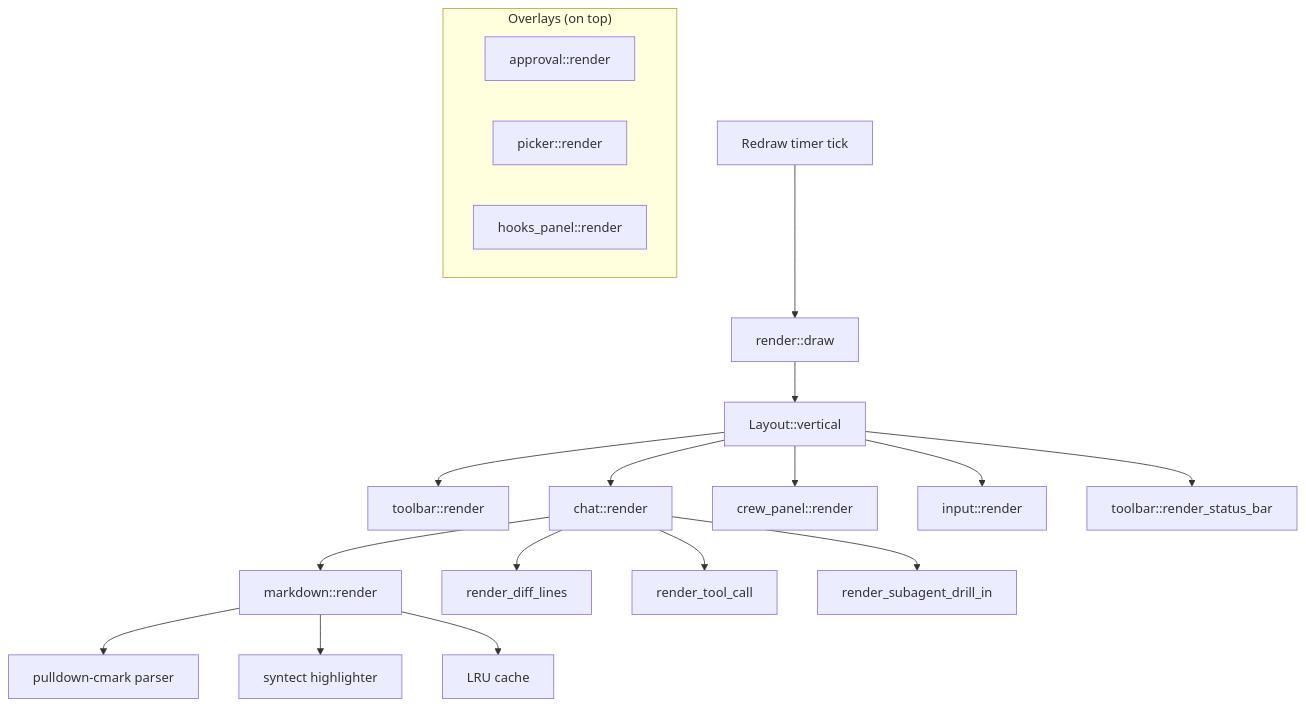
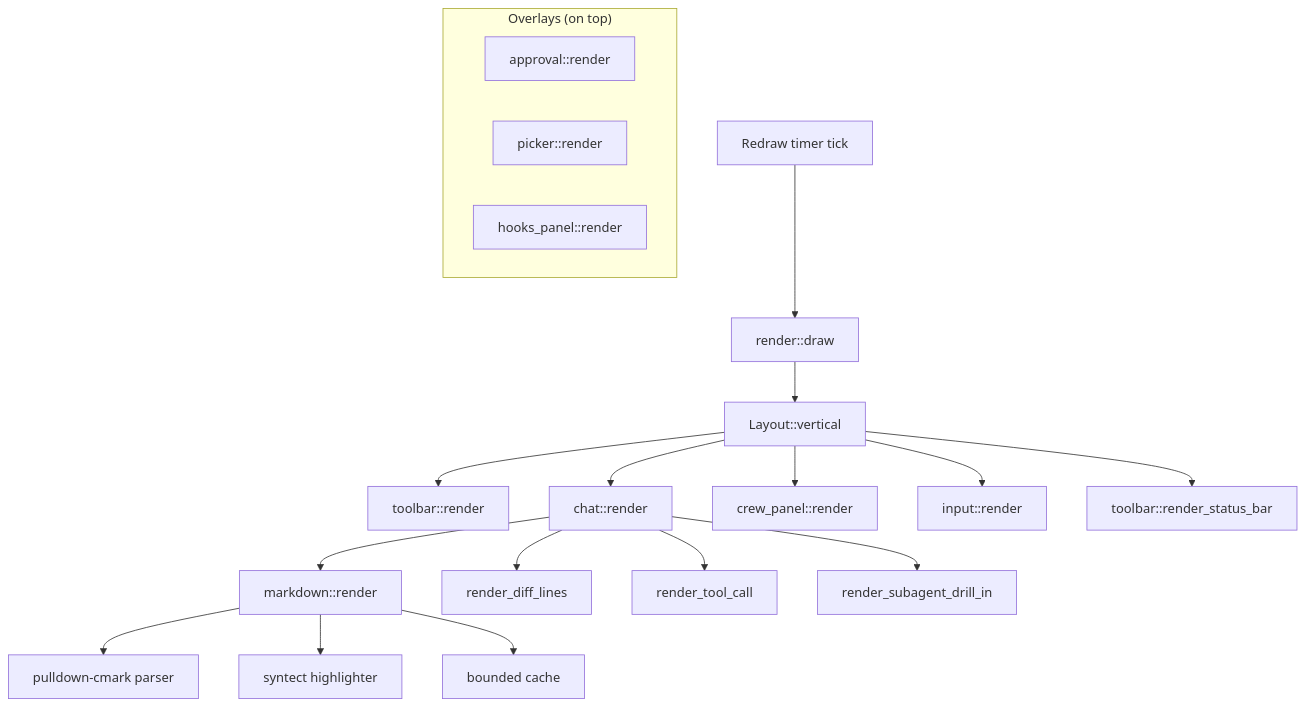
One commit to dwalleck/cyril changed the seventh of 9 diagrams in .agents/summary/workflows.md. Above: the diagram before and after it, drawn with Mermaid. The commit also changed other lines of this file and 6 other files, not shown here.

````diff
--- a/.agents/summary/workflows.md
+++ b/.agents/summary/workflows.md
@@ -193,25 +193,25 @@
 ```mermaid
 graph TB
     TIMER[Redraw timer tick] --> DRAW[render::draw]
     DRAW --> LAYOUT[Layout::vertical]
     LAYOUT --> TOOLBAR[toolbar::render]
     LAYOUT --> CHAT[chat::render]
     LAYOUT --> CREW[crew_panel::render]
     LAYOUT --> INPUT[input::render]
     LAYOUT --> STATUS[toolbar::render_status_bar]
 
     CHAT --> MD[markdown::render]
     CHAT --> DIFF[render_diff_lines]
     CHAT --> TC[render_tool_call]
     CHAT --> DRILL[render_subagent_drill_in]
 
     MD --> PULLDOWN[pulldown-cmark parser]
     MD --> SYNTECT[syntect highlighter]
-    MD --> CACHE[LRU cache]
+    MD --> CACHE[bounded cache]
 
     subgraph "Overlays (on top)"
         APPROVAL[approval::render]
         PICKER[picker::render]
         HOOKS[hooks_panel::render]
     end
 ```
````
